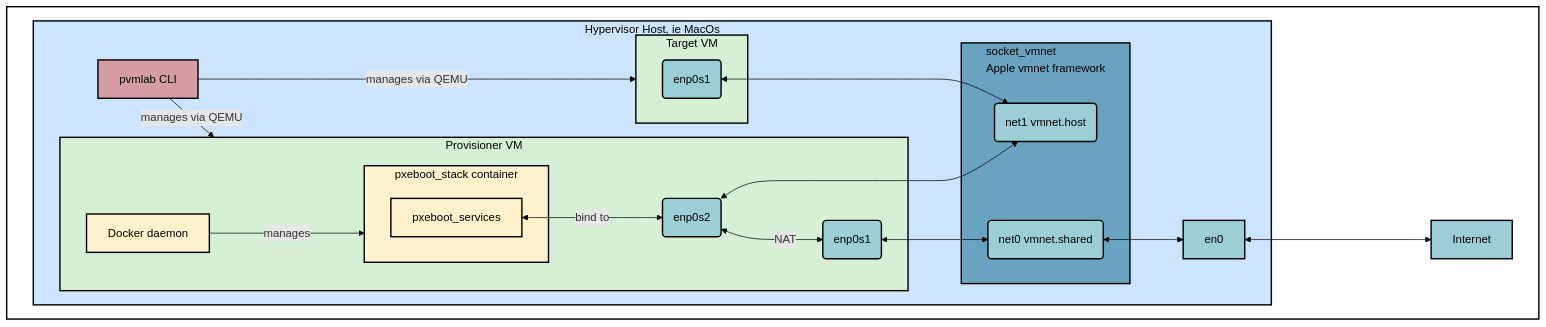
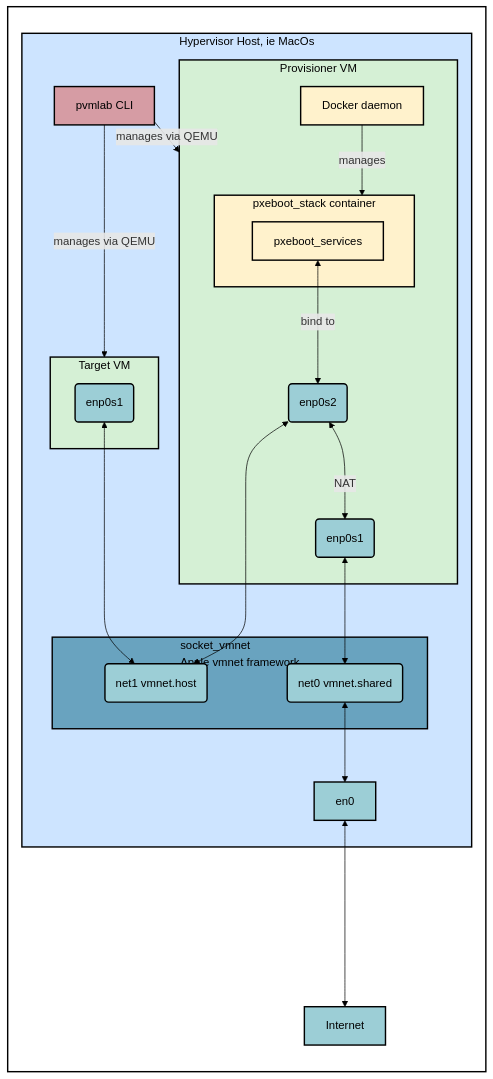
The diagram in README.md (pallotron/pvmlab), drawn with Mermaid before and after one commit.

Commit message:
mermaid + README changes

````diff
--- a/README.md
+++ b/README.md
@@ -21,58 +21,58 @@
 ```mermaid
-graph TD
+graph LR
 %% Define style classes for different components
 classDef hostStyle fill:#cde4ff,stroke:black,stroke-width:2px,color:#000
 classDef vmStyle fill:#d5f0d5,stroke:black,stroke-width:2px,color:#000
 classDef dockerStyle fill:#fff2cc,stroke:black,stroke-width:2px,color:#000
 classDef interfaceStyle fill:#9cced6,stroke:black,stroke-width:2px,color:#000
 classDef cliStyle fill:#d69ca4,stroke:black,stroke-width:2px,color:#000
 classDef socketVmnetStyle fill:#69a3bf,stroke:black,stroke-width:2px,color:#000
 classDef backgroundStyle fill:white,stroke:black,stroke-width:2px,color:#000
 
 subgraph G [ ]
     subgraph H [Hypervisor Host, ie MacOs]
         cli[pvmlab CLI]
         en0
         subgraph V [Provisioner VM]
             provisioner_vm_enp0s1(enp0s1)
             provisioner_vm_enp0s2(enp0s2)
             Docker[Docker daemon]
             subgraph "pxeboot_stack" [pxeboot_stack container]
                 pxeboot_services
             end
         end
         subgraph T [Target VM]
             target_vm_enp0s1(enp0s1)
         end
         subgraph N [socket_vmnet<br/>Apple vmnet framework]
             virtual_net1_private(net1 vmnet.host)
             virtual_net0_shared(net0 vmnet.shared)
         end
     end
     Internet
 end
 
 
 en0 <----> Internet
 Docker -- manages --> pxeboot_stack
 provisioner_vm_enp0s1 <--> virtual_net0_shared
 provisioner_vm_enp0s2 <---> virtual_net1_private
 provisioner_vm_enp0s2 <-- NAT --> provisioner_vm_enp0s1
 target_vm_enp0s1 <---> virtual_net1_private
 pxeboot_services <-- bind to --> provisioner_vm_enp0s2
 virtual_net0_shared <--> en0
 cli -- manages via QEMU --> V
 cli -- manages via QEMU --> T
 
 
 %% Apply the defined classes to the nodes
 class H hostStyle
 class G backgroundStyle
 class pxeboot_stack,Docker,pxeboot_services dockerStyle
 class V,T vmStyle
 class target_vm_enp0s1,provisioner_vm_enp0s1,provisioner_vm_enp0s2,provisioner_vm_enp0s3,en0,virtual_net0_shared,virtual_net1_private interfaceStyle
 class cli cliStyle
 class N socketVmnetStyle
 class Internet interfaceStyle
 linkStyle default stroke:black
 ```
````
